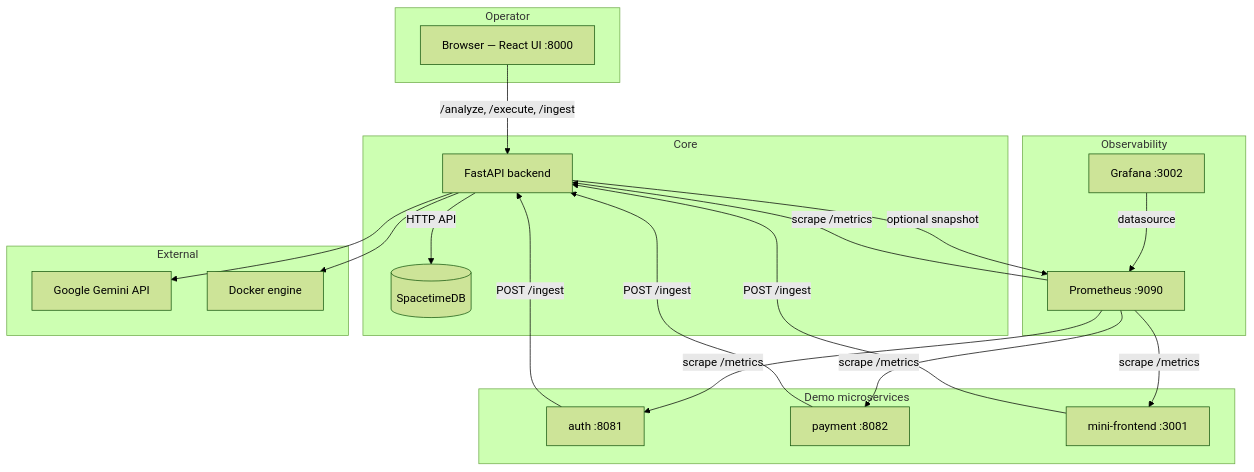
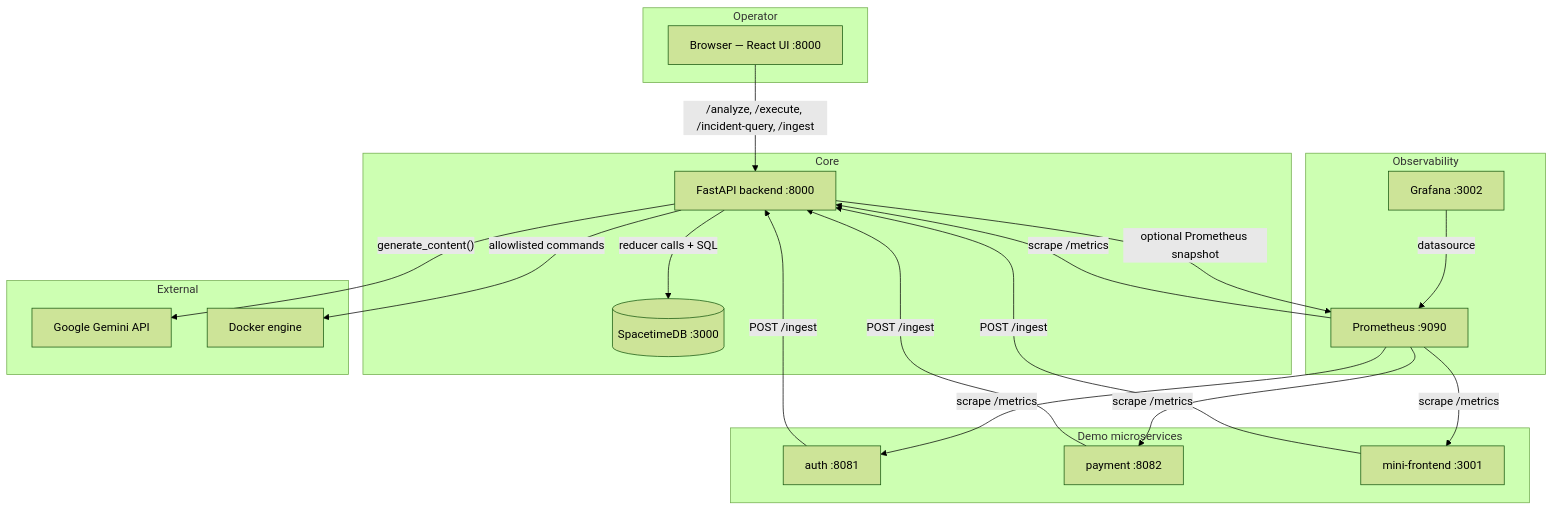
Before and after one commit to aakarsh-v/hackbyte-sp: the first of 3 diagrams in README.md, drawn with Mermaid (forest theme). The commit also changed other lines of this file, not shown here.

````diff
--- a/README.md
+++ b/README.md
@@ -13,36 +23,36 @@
 ```mermaid
 flowchart TB
-  subgraph operator["Operator"]
+  subgraph operator ["Operator"]
     B["Browser — React UI :8000"]
   end
-  subgraph core["Core"]
-    BE["FastAPI backend"]
-    ST[("SpacetimeDB")]
+  subgraph core ["Core"]
+    BE["FastAPI backend :8000"]
+    ST[("SpacetimeDB :3000")]
   end
-  subgraph obs["Observability"]
+  subgraph obs ["Observability"]
     PR["Prometheus :9090"]
     GF["Grafana :3002"]
   end
-  subgraph demo["Demo microservices"]
+  subgraph demo ["Demo microservices"]
     A["auth :8081"]
     P["payment :8082"]
     F["mini-frontend :3001"]
   end
-  subgraph external["External"]
+  subgraph external ["External"]
     GM["Google Gemini API"]
     DK["Docker engine"]
   end
-  B -->|"/analyze, /execute, /ingest"| BE
-  BE -->|HTTP API| ST
-  BE -->|optional snapshot| PR
-  BE --> GM
-  BE --> DK
-  GF -->|datasource| PR
-  PR -->|scrape /metrics| BE
-  PR -->|scrape /metrics| A
-  PR -->|scrape /metrics| P
-  PR -->|scrape /metrics| F
-  A -->|POST /ingest| BE
-  P -->|POST /ingest| BE
-  F -->|POST /ingest| BE
+  B -->|"/analyze, /execute, /incident-query, /ingest"| BE
+  BE -->|"reducer calls + SQL"| ST
+  BE -->|"optional Prometheus snapshot"| PR
+  BE -->|"generate_content()"| GM
+  BE -->|"allowlisted commands"| DK
+  GF -->|"datasource"| PR
+  PR -->|"scrape /metrics"| BE
+  PR -->|"scrape /metrics"| A
+  PR -->|"scrape /metrics"| P
+  PR -->|"scrape /metrics"| F
+  A -->|"POST /ingest"| BE
+  P -->|"POST /ingest"| BE
+  F -->|"POST /ingest"| BE
 ```
````
